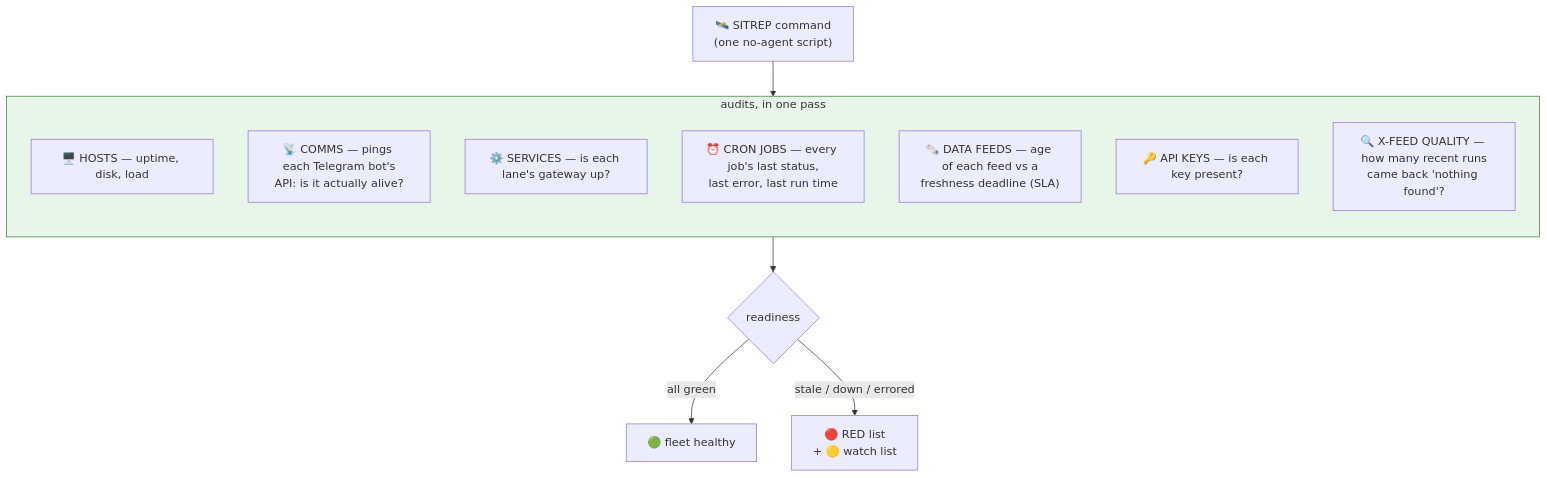
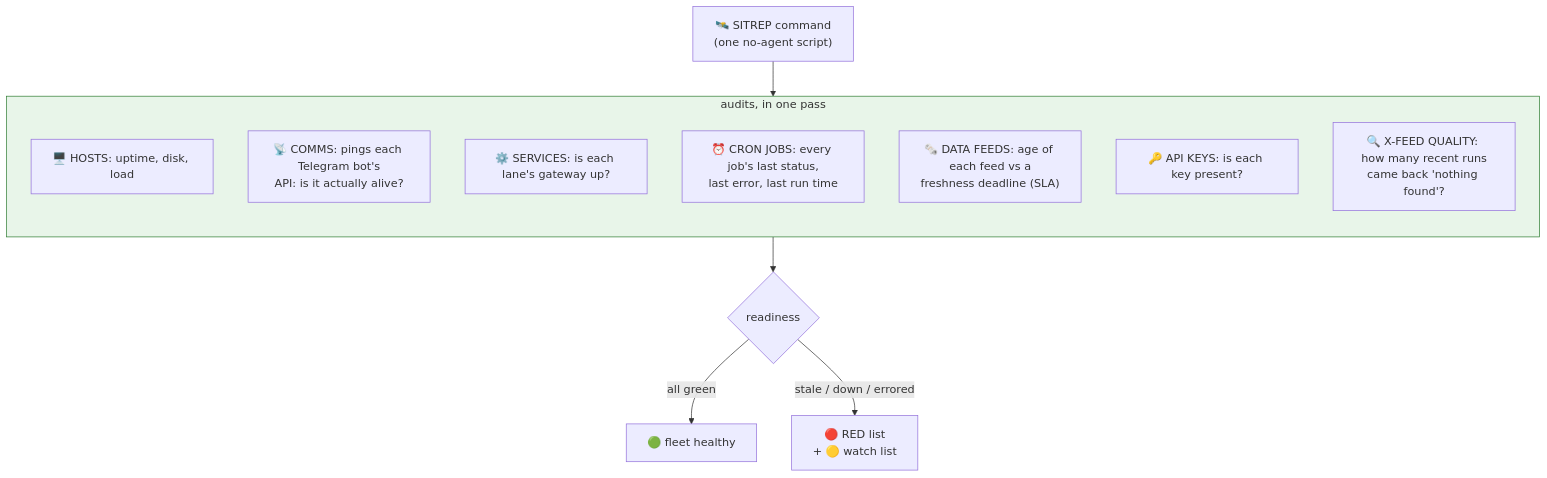
Before and after one commit to nickmuchi87/hermes-agents-showcase: the first of 5 diagrams in docs/09-the-ops-lane.md, drawn with Mermaid. The commit also changed other lines of this file and 16 other files, not shown here.

````diff
--- a/docs/09-the-ops-lane.md
+++ b/docs/09-the-ops-lane.md
@@ -21,20 +21,20 @@
 ```mermaid
 flowchart TB
     sitrep["🛰️ SITREP command<br/>(one no-agent script)"] --> checks
     subgraph checks["audits, in one pass"]
         direction TB
-        c1["🖥️ HOSTS — uptime, disk, load"]
-        c2["📡 COMMS — pings each Telegram bot's<br/>API: is it actually alive?"]
-        c3["⚙️ SERVICES — is each lane's gateway up?"]
-        c4["⏰ CRON JOBS — every job's last status,<br/>last error, last run time"]
-        c5["🗞️ DATA FEEDS — age of each feed vs a<br/>freshness deadline (SLA)"]
-        c6["🔑 API KEYS — is each key present?"]
-        c7["🔍 X-FEED QUALITY — how many recent runs<br/>came back 'nothing found'?"]
+        c1["🖥️ HOSTS: uptime, disk, load"]
+        c2["📡 COMMS: pings each Telegram bot's<br/>API: is it actually alive?"]
+        c3["⚙️ SERVICES: is each lane's gateway up?"]
+        c4["⏰ CRON JOBS: every job's last status,<br/>last error, last run time"]
+        c5["🗞️ DATA FEEDS: age of each feed vs a<br/>freshness deadline (SLA)"]
+        c6["🔑 API KEYS: is each key present?"]
+        c7["🔍 X-FEED QUALITY: how many recent runs<br/>came back 'nothing found'?"]
     end
     checks --> verdict{readiness}
     verdict -->|all green| ok["🟢 fleet healthy"]
     verdict -->|stale / down / errored| red["🔴 RED list<br/>+ 🟡 watch list"]
 
     classDef g fill:#e8f5e9,stroke:#2e7d32;
     class checks g;
 ```
````
